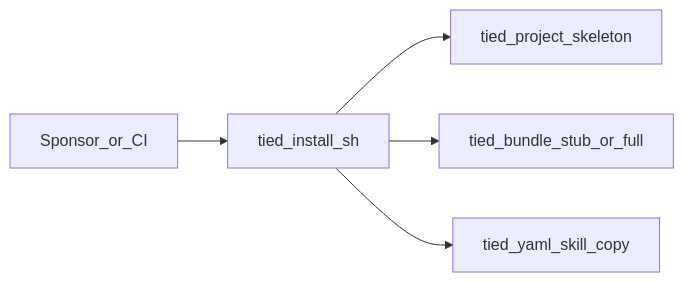
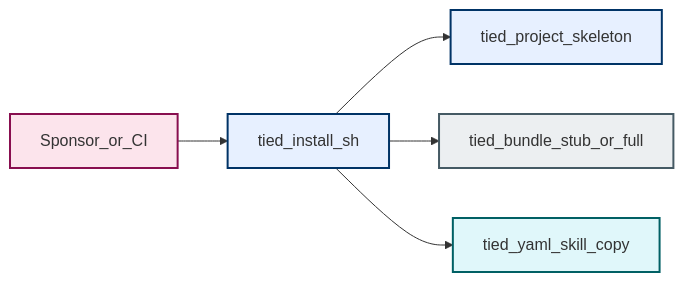
One commit to fareedst/tied changed the tenth of 14 diagrams in docs/stdd-workflows.md. Above: the diagram before and after it, drawn with Mermaid. The commit also changed other lines of this file and 18 other files, not shown here.

First line of the commit message:
Add STDD vocab visual encoding registry and term color index.

````diff
--- a/docs/stdd-workflows.md
+++ b/docs/stdd-workflows.md
@@ -222,12 +253,17 @@
 ```mermaid
 flowchart LR
-  sponsor[Sponsor_or_CI]
-  install[tied_install_sh]
-  tpSeed[tied_project_skeleton]
-  tbStub[tied_bundle_stub_or_full]
-  skill[tied_yaml_skill_copy]
+  %% palette: docs/visual-encoding-standards.md
+  classDef domGovernanceChoice fill:#fce4ec,stroke:#880e4f,stroke-width:2px
+  classDef domTiedCorpus fill:#e7f0ff,stroke:#003366,stroke-width:2px
+  classDef domTiedBundle fill:#eceff1,stroke:#455a64,stroke-width:2px
+  classDef domAgentSurface fill:#e0f7fa,stroke:#006064,stroke-width:2px
+  sponsor[Sponsor_or_CI]:::domGovernanceChoice
+  install[tied_install_sh]:::domTiedCorpus
+  tpSeed[tied_project_skeleton]:::domTiedCorpus
+  tbStub[tied_bundle_stub_or_full]:::domTiedBundle
+  skill[tied_yaml_skill_copy]:::domAgentSurface
   sponsor --> install
   install --> tpSeed
   install --> tbStub
   install --> skill
 ```
````
